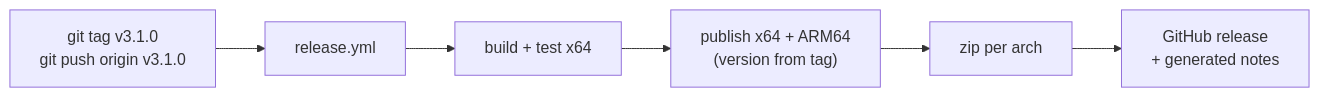
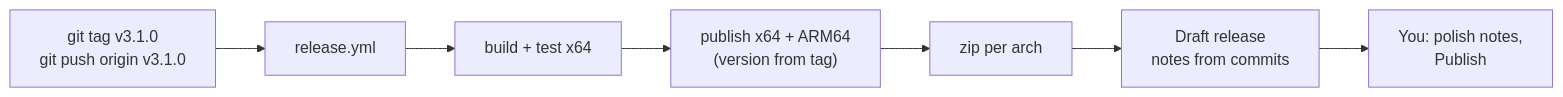
Before and after one commit to phanxuanquang/Adobe-Camera-Profiles-Unlocker: the second of 2 diagrams in docs/development.md, drawn with Mermaid. The commit also changed other lines of this file and 4 other files, not shown here.

First line of the commit message:
ci(release): draft releases with notes from conventional commits

````diff
--- a/docs/development.md
+++ b/docs/development.md
@@ -85,8 +85,9 @@
 ```mermaid
 flowchart LR
     T["git tag v3.1.0<br/>git push origin v3.1.0"] --> W[release.yml]
     W --> B[build + test x64]
     B --> P["publish x64 + ARM64<br/>(version from tag)"]
     P --> Z[zip per arch]
-    Z --> R[GitHub release<br/>+ generated notes]
+    Z --> R["Draft release<br/>notes from commits"]
+    R --> E["You: polish notes,<br/>Publish"]
 ```
````
